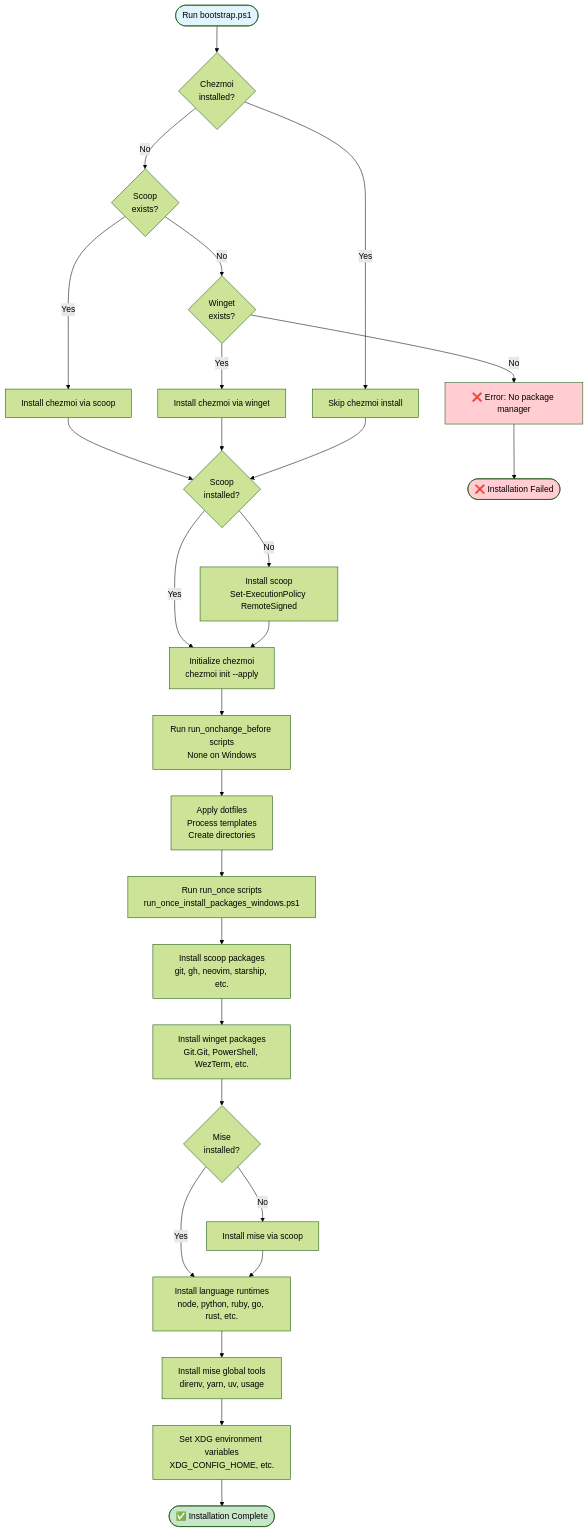
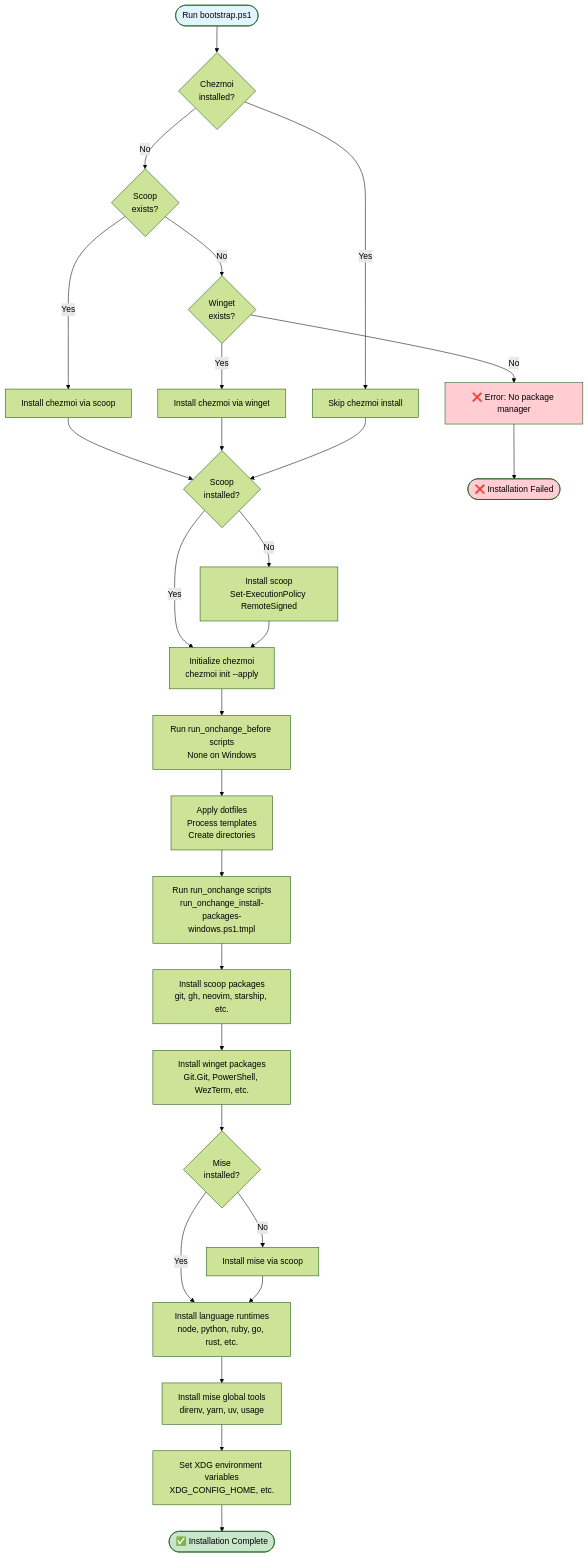
Before and after one commit to Randallsm83/chezmoi: the first of 6 diagrams in INSTALL-GUIDE.md, drawn with Mermaid (forest theme). The commit also changed other lines of this file and 1 other file, not shown here.

First line of the commit message:
docs(install/readme): refresh feature flag tables and script-name refs (audit P0-2/P0-3 docs)

````diff
--- a/INSTALL-GUIDE.md
+++ b/INSTALL-GUIDE.md
@@ -49,52 +49,52 @@
 ```mermaid
 graph TD
     Start([Run bootstrap.ps1]) --> CheckChezmoi{Chezmoi<br/>installed?}
     
     CheckChezmoi -->|No| TryScoop{Scoop<br/>exists?}
     CheckChezmoi -->|Yes| SkipChezmoi[Skip chezmoi install]
     
     TryScoop -->|Yes| InstallChezmoiScoop[Install chezmoi via scoop]
     TryScoop -->|No| TryWinget{Winget<br/>exists?}
     
     TryWinget -->|Yes| InstallChezmoiWinget[Install chezmoi via winget]
     TryWinget -->|No| Error1[❌ Error: No package manager]
     
     InstallChezmoiScoop --> CheckScoop
     InstallChezmoiWinget --> CheckScoop
     SkipChezmoi --> CheckScoop
     
     CheckScoop{Scoop<br/>installed?} -->|No| InstallScoop[Install scoop<br/>Set-ExecutionPolicy RemoteSigned]
     CheckScoop -->|Yes| InitChezmoi
     
     InstallScoop --> InitChezmoi[Initialize chezmoi<br/>chezmoi init --apply]
     
     InitChezmoi --> RunBefore[Run run_onchange_before scripts<br/>None on Windows]
     
     RunBefore --> ApplyConfigs[Apply dotfiles<br/>Process templates<br/>Create directories]
     
-    ApplyConfigs --> RunOnce[Run run_once scripts<br/>run_once_install_packages_windows.ps1]
+    ApplyConfigs --> RunOnce[Run run_onchange scripts<br/>run_onchange_install-packages-windows.ps1.tmpl]
     
     RunOnce --> InstallScoopPkgs[Install scoop packages<br/>git, gh, neovim, starship, etc.]
     
     InstallScoopPkgs --> InstallWingetPkgs[Install winget packages<br/>Git.Git, PowerShell, WezTerm, etc.]
     
     InstallWingetPkgs --> InstallMise{Mise<br/>installed?}
     
     InstallMise -->|No| InstallMiseViaScoop[Install mise via scoop]
     InstallMise -->|Yes| InstallRuntimes
     
     InstallMiseViaScoop --> InstallRuntimes[Install language runtimes<br/>node, python, ruby, go, rust, etc.]
     
     InstallRuntimes --> InstallMiseTools[Install mise global tools<br/>direnv, yarn, uv, usage]
     
     InstallMiseTools --> SetXDG[Set XDG environment variables<br/>XDG_CONFIG_HOME, etc.]
     
     SetXDG --> Complete([✅ Installation Complete])
     
     Error1 --> Fail([❌ Installation Failed])
     
     style Start fill:#e1f5ff
     style Complete fill:#c8e6c9
     style Fail fill:#ffcdd2
     style Error1 fill:#ffcdd2
 ```
````
